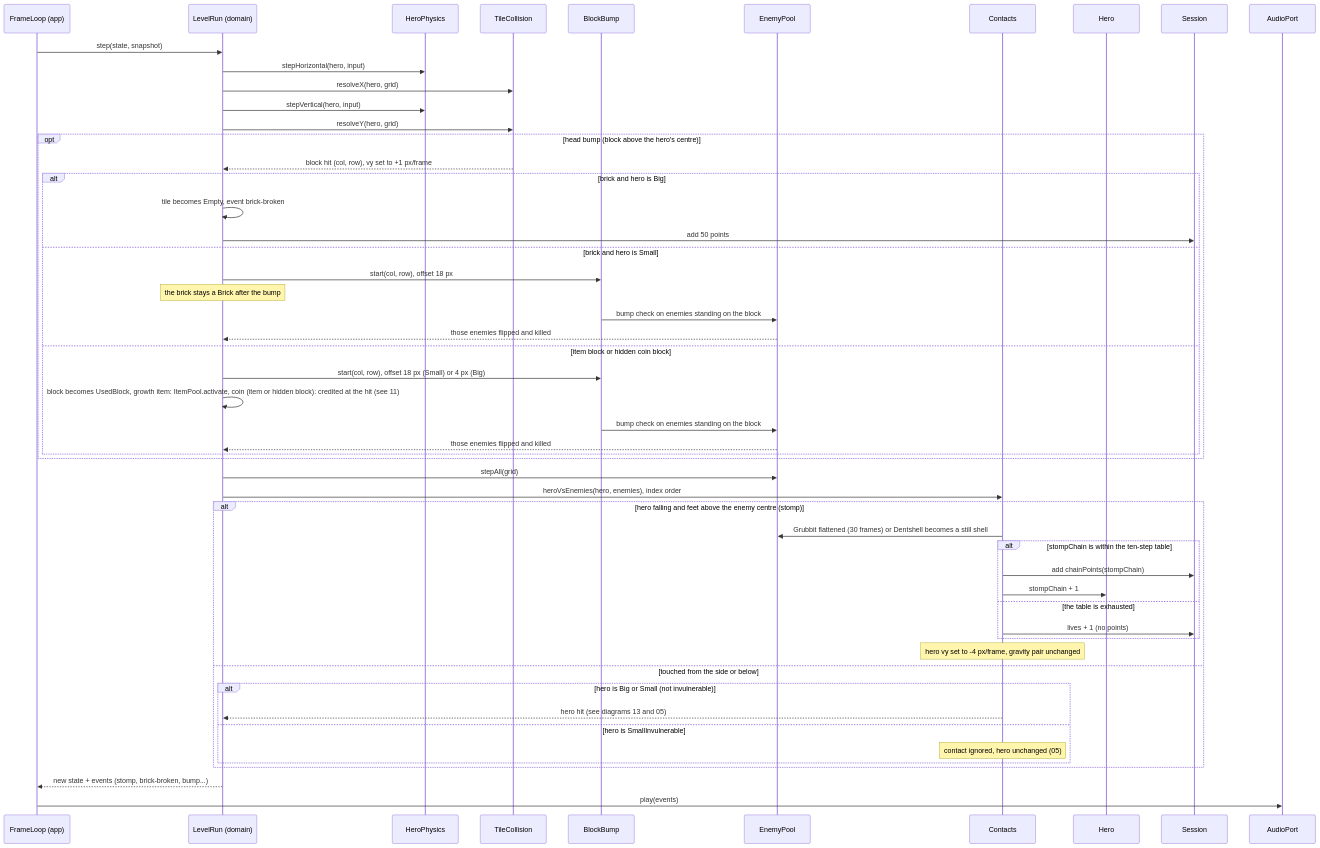
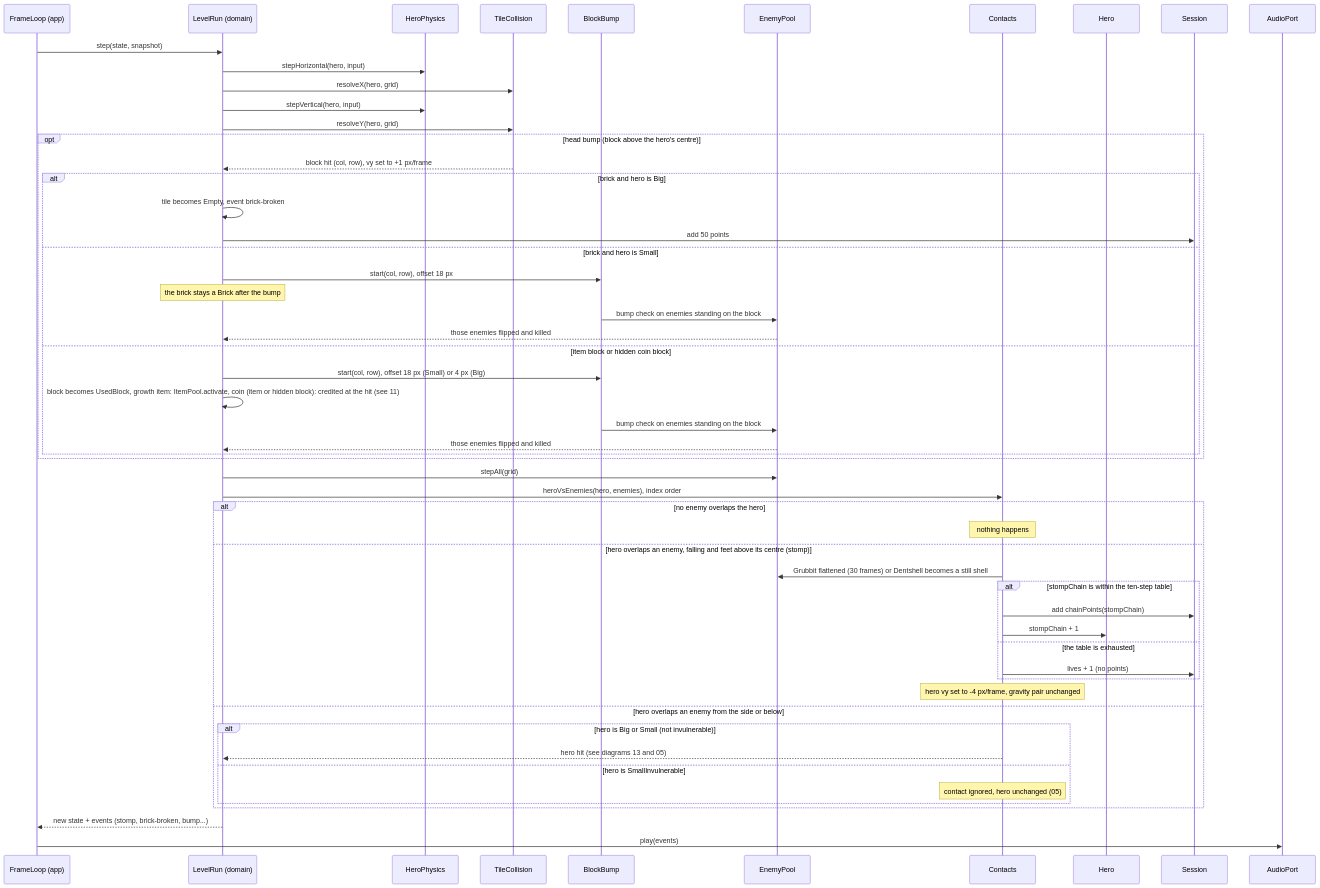
The diagram in docs/architecture/diagrams/gameplay/10-sequence-collisions.md (benoit-bremaud/retro-plumber), drawn with Mermaid before and after one commit. The commit also changed 1 other file, not shown here.

Commit message:
docs(uml): address ninth Codex review on sequences 10, 13 (#7)

````diff
--- a/docs/architecture/diagrams/gameplay/10-sequence-collisions.md
+++ b/docs/architecture/diagrams/gameplay/10-sequence-collisions.md
@@ -14,55 +14,57 @@
 ```mermaid
 sequenceDiagram
     participant FL as FrameLoop (app)
     participant LR as LevelRun (domain)
     participant HP as HeroPhysics
     participant TC as TileCollision
     participant BB as BlockBump
     participant EP as EnemyPool
     participant Ct as Contacts
     participant H as Hero
     participant Sess as Session
     participant Snd as AudioPort
     FL->>LR: step(state, snapshot)
     LR->>HP: stepHorizontal(hero, input)
     LR->>TC: resolveX(hero, grid)
     LR->>HP: stepVertical(hero, input)
     LR->>TC: resolveY(hero, grid)
     opt head bump (block above the hero's centre)
         TC-->>LR: block hit (col, row), vy set to +1 px/frame
         alt brick and hero is Big
             LR->>LR: tile becomes Empty, event brick-broken
             LR->>Sess: add 50 points
         else brick and hero is Small
             LR->>BB: start(col, row), offset 18 px
             Note over LR: the brick stays a Brick after the bump
             BB->>EP: bump check on enemies standing on the block
             EP-->>LR: those enemies flipped and killed
         else item block or hidden coin block
             LR->>BB: start(col, row), offset 18 px (Small) or 4 px (Big)
             LR->>LR: block becomes UsedBlock, growth item: ItemPool.activate, coin (item or hidden block): credited at the hit (see 11)
             BB->>EP: bump check on enemies standing on the block
             EP-->>LR: those enemies flipped and killed
         end
     end
     LR->>EP: stepAll(grid)
     LR->>Ct: heroVsEnemies(hero, enemies), index order
-    alt hero falling and feet above the enemy centre (stomp)
+    alt no enemy overlaps the hero
+        Note over Ct: nothing happens
+    else hero overlaps an enemy, falling and feet above its centre (stomp)
         Ct->>EP: Grubbit flattened (30 frames) or Dentshell becomes a still shell
         alt stompChain is within the ten-step table
             Ct->>Sess: add chainPoints(stompChain)
             Ct->>H: stompChain + 1
         else the table is exhausted
             Ct->>Sess: lives + 1 (no points)
         end
         Note over Ct: hero vy set to -4 px/frame, gravity pair unchanged
-    else touched from the side or below
+    else hero overlaps an enemy from the side or below
         alt hero is Big or Small (not invulnerable)
             Ct-->>LR: hero hit (see diagrams 13 and 05)
         else hero is SmallInvulnerable
             Note over Ct: contact ignored, hero unchanged (05)
         end
     end
     LR-->>FL: new state + events (stomp, brick-broken, bump...)
     FL->>Snd: play(events)
 ```
````
